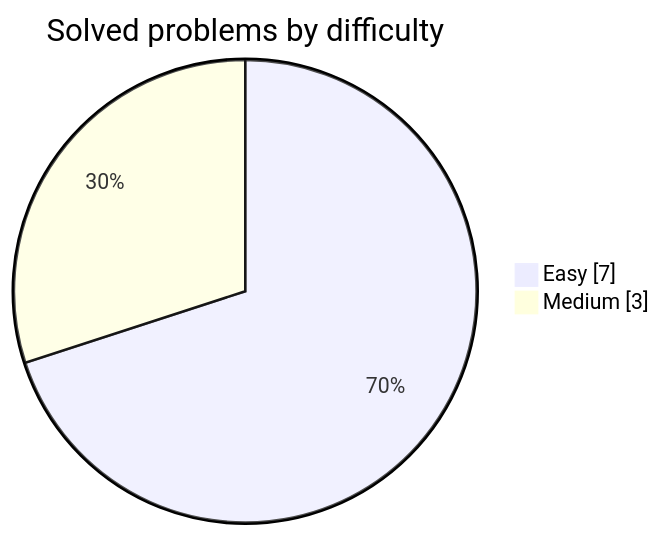
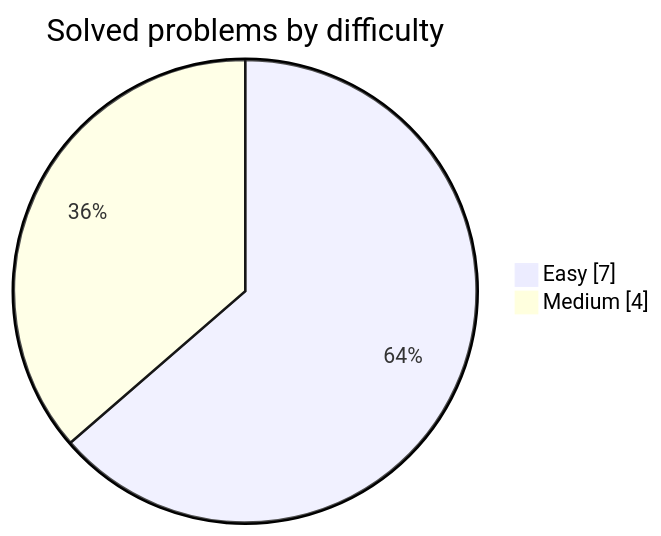
One commit to khalifehbasiri/leetcode-solutions changed the diagram in README.md. Above: the diagram before and after it, drawn with Mermaid. The commit also changed other lines of this file, not shown here.

````diff
--- a/README.md
+++ b/README.md
@@ -17,6 +17,6 @@
 ```mermaid
 pie showData
     title Solved problems by difficulty
     "Easy" : 7
-    "Medium" : 3
+    "Medium" : 4
 ```
````
